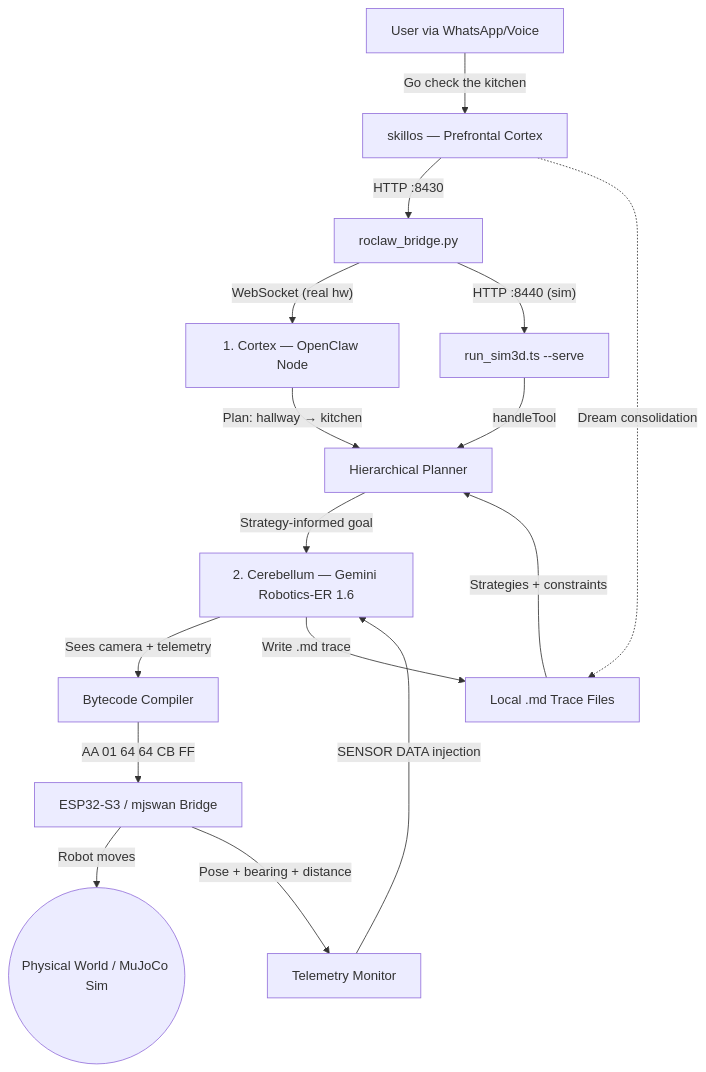
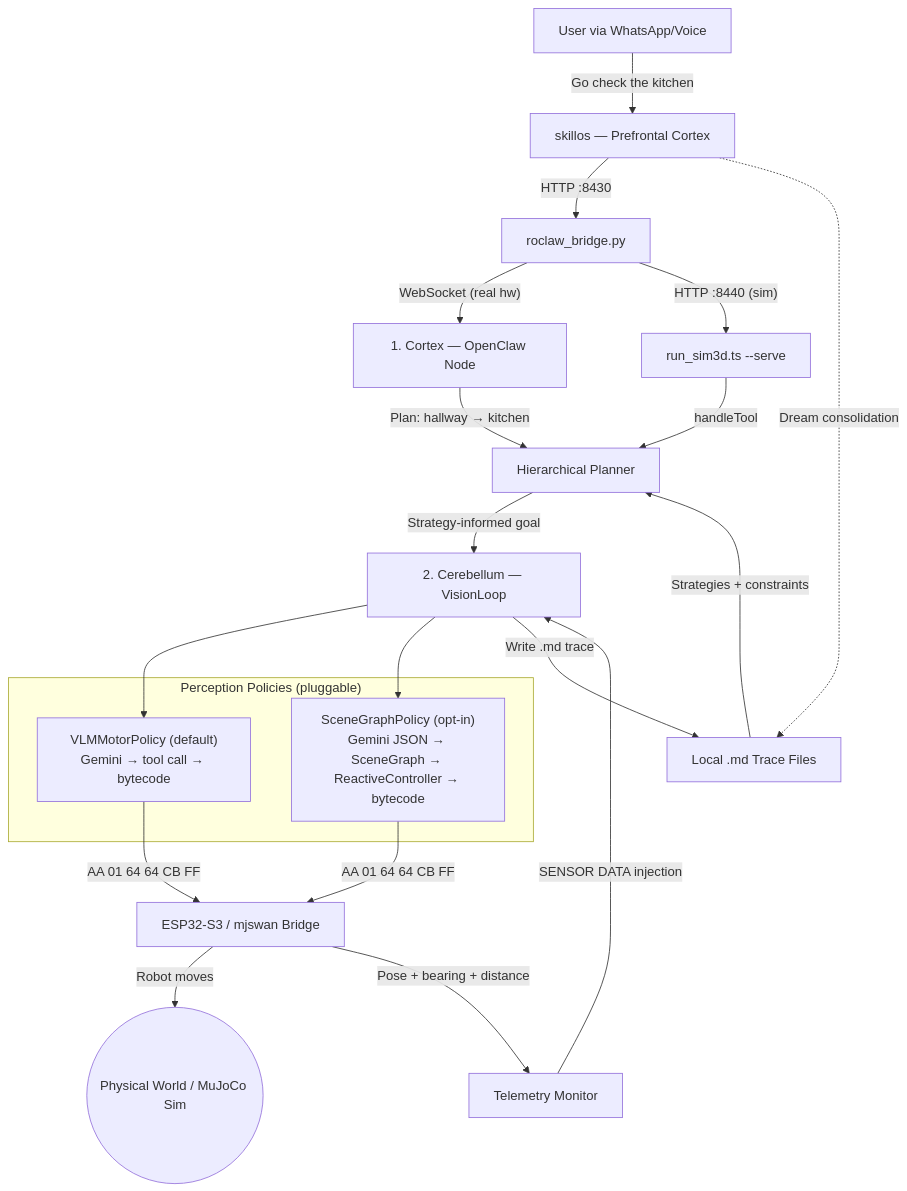
The second of 6 diagrams in README.md (EvolvingAgentsLabs/skillos_robot), drawn with Mermaid before and after one commit. The commit also changed other lines of this file and 21 other files, not shown here.

First line of the commit message:
Wire scene-graph perception pipeline into RoClaw runtime

````diff
--- a/README.md
+++ b/README.md
@@ -42,18 +42,26 @@
 ```mermaid
 graph TD
     USER[User via WhatsApp/Voice] -->|"Go check the kitchen"| SKILLOS[skillos — Prefrontal Cortex]
     SKILLOS -->|"HTTP :8430"| BRIDGE[roclaw_bridge.py]
     BRIDGE -->|"WebSocket (real hw)"| CORTEX[1. Cortex — OpenClaw Node]
     BRIDGE -->|"HTTP :8440 (sim)"| TOOLSRV["run_sim3d.ts --serve"]
     CORTEX -->|"Plan: hallway → kitchen"| PLANNER[Hierarchical Planner]
     TOOLSRV -->|handleTool| PLANNER
-    PLANNER -->|"Strategy-informed goal"| CEREBELLUM[2. Cerebellum — Gemini Robotics-ER 1.6]
-    CEREBELLUM -->|"Sees camera + telemetry"| COMPILE[Bytecode Compiler]
-    COMPILE -->|"AA 01 64 64 CB FF"| ESP[ESP32-S3 / mjswan Bridge]
+    PLANNER -->|"Strategy-informed goal"| CEREBELLUM[2. Cerebellum — VisionLoop]
+
+    subgraph CEREBELLUM_DETAIL ["Perception Policies (pluggable)"]
+        VLM_POLICY["VLMMotorPolicy (default)\nGemini → tool call → bytecode"]
+        SG_POLICY["SceneGraphPolicy (opt-in)\nGemini JSON → SceneGraph → ReactiveController → bytecode"]
+    end
+
+    CEREBELLUM --> VLM_POLICY
+    CEREBELLUM --> SG_POLICY
+    VLM_POLICY -->|"AA 01 64 64 CB FF"| ESP[ESP32-S3 / mjswan Bridge]
+    SG_POLICY -->|"AA 01 64 64 CB FF"| ESP
     ESP -->|"Robot moves"| WORLD((Physical World / MuJoCo Sim))
     ESP -->|"Pose + bearing + distance"| TELEM[Telemetry Monitor]
     TELEM -->|"SENSOR DATA injection"| CEREBELLUM
     CEREBELLUM -->|"Write .md trace"| TRACES[Local .md Trace Files]
     TRACES -->|"Strategies + constraints"| PLANNER
     SKILLOS -.->|"Dream consolidation"| TRACES
 ```
````
